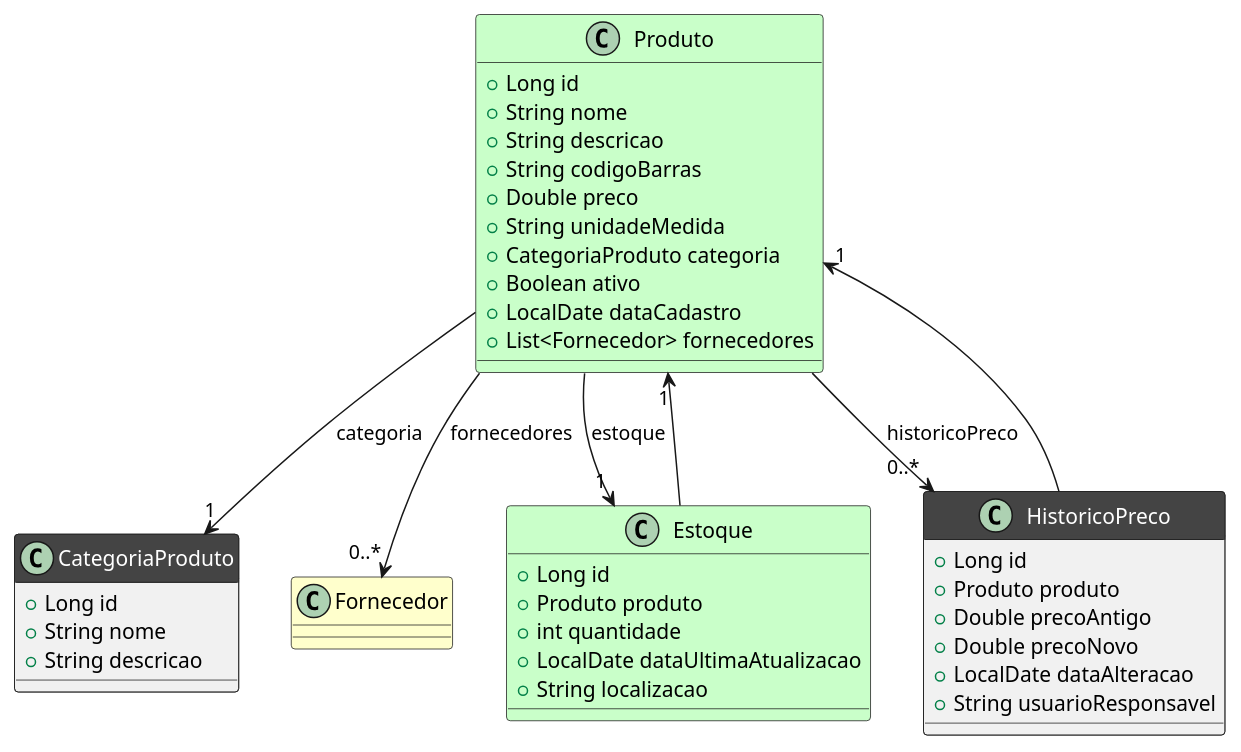
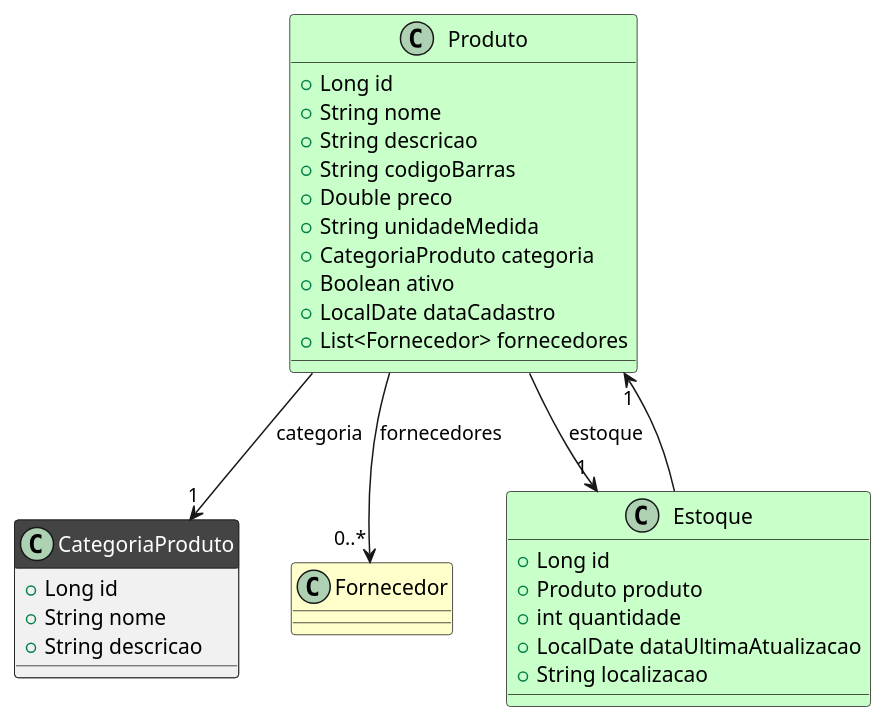
Before and after one commit to 20241-ifba-saj-ads-pweb/blog-material-aula: the third of 11 diagrams in src/posts/14_trabalho.md, drawn with PlantUML. The commit also changed other lines of this file, not shown here.

````diff
--- a/src/posts/14_trabalho.md
+++ b/src/posts/14_trabalho.md
@@ -217,52 +210,42 @@
 ```plantuml
 @startuml
 skinparam classFontColor automatic
 skinparam classHeaderBackgroundColor #444
 class Produto #Technology{
     + Long id
     + String nome
     + String descricao
     + String codigoBarras
     + Double preco
     + String unidadeMedida
     + CategoriaProduto categoria
     + Boolean ativo
     + LocalDate dataCadastro
     + List<Fornecedor> fornecedores
 }
 
 class CategoriaProduto {
     + Long id
     + String nome
     + String descricao
 }
 
 class Fornecedor #Business{
 }
 
 class Estoque #Technology{
     + Long id
     + Produto produto
     + int quantidade
     + LocalDate dataUltimaAtualizacao
     + String localizacao
 }
 
-class HistoricoPreco {
-    + Long id
-    + Produto produto
-    + Double precoAntigo
-    + Double precoNovo
-    + LocalDate dataAlteracao
-    + String usuarioResponsavel
-}
 
 Produto --> "1" CategoriaProduto : categoria
 Produto --> "0..*" Fornecedor : fornecedores
 Produto --> "1" Estoque : estoque
-Produto --> "0..*" HistoricoPreco : historicoPreco
 Estoque --> "1" Produto
-HistoricoPreco --> "1" Produto
 @enduml
 
 ```
````
